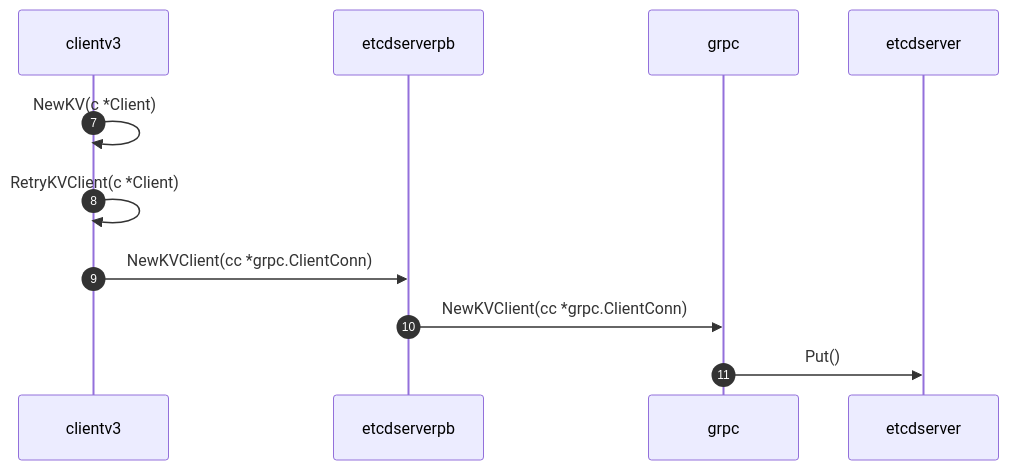
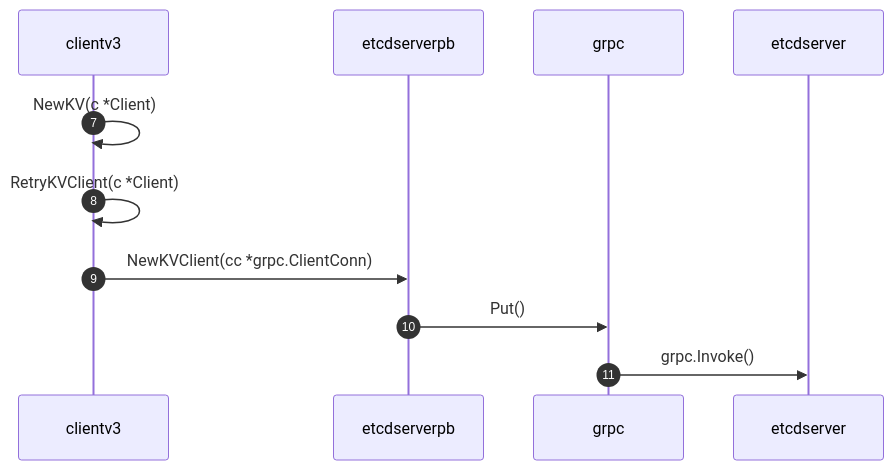
Before and after one commit to kangxiaoning/kangxiaoning.github.io: the seventh of 10 diagrams in Writerside/topics/etcd/etcd-watch.md, drawn with Mermaid. The commit also changed other lines of this file, not shown here.

````diff
--- a/Writerside/topics/etcd/etcd-watch.md
+++ b/Writerside/topics/etcd/etcd-watch.md
@@ -1336,9 +1499,9 @@
 ```mermaid
 sequenceDiagram
     autonumber 7
     clientv3->>clientv3: NewKV(c *Client)
     clientv3->>clientv3: RetryKVClient(c *Client)
     clientv3->>etcdserverpb: NewKVClient(cc *grpc.ClientConn)
-    etcdserverpb->>grpc: NewKVClient(cc *grpc.ClientConn)
-    grpc->>etcdserver: Put()
+    etcdserverpb->>grpc: Put()
+    grpc->>etcdserver: grpc.Invoke()
 ```
````
